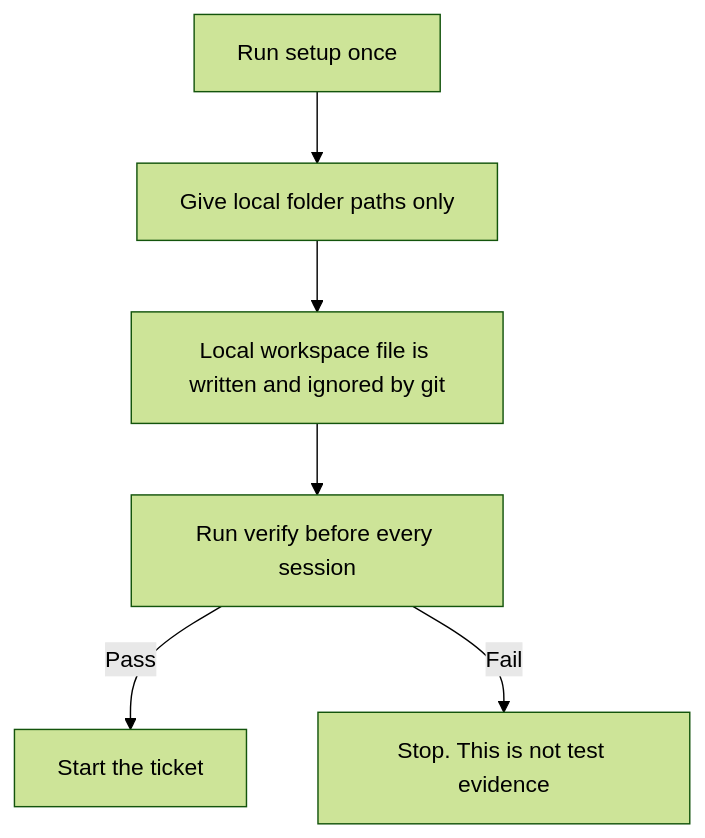
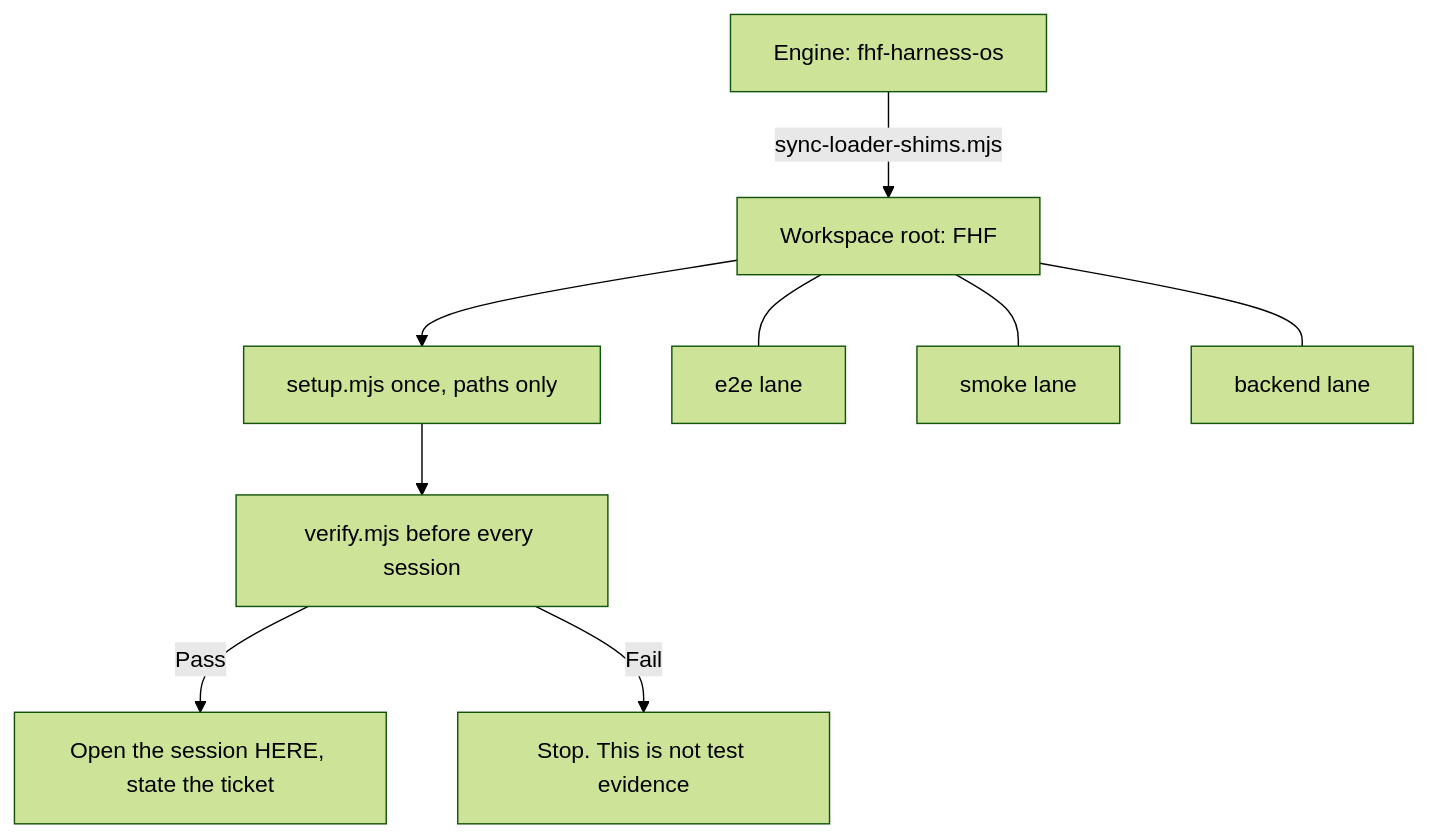
One commit to lfyagya/fhf-qa-harness-os changed the second of 12 diagrams in docs/adoption/qa-harness.md. Above: the diagram before and after it, drawn with Mermaid (forest theme). The commit also changed other lines of this file and 1 other file, not shown here.

First line of the commit message:
docs(onboarding): name the engine, the workspace root, and the lanes

````diff
--- a/docs/adoption/qa-harness.md
+++ b/docs/adoption/qa-harness.md
@@ -70,8 +140,11 @@
 ```mermaid
 flowchart TD
-  S[Run setup once] --> P[Give local folder paths only]
-  P --> L[Local workspace file is written and ignored by git]
-  L --> V[Run verify before every session]
-  V -->|Pass| W[Start the ticket]
+  E[Engine: fhf-harness-os] -->|sync-loader-shims.mjs| W[Workspace root: FHF]
+  W --> S[setup.mjs once, paths only]
+  S --> V[verify.mjs before every session]
+  V -->|Pass| K[Open the session HERE, state the ticket]
   V -->|Fail| F[Stop. This is not test evidence]
+  W --- L1[e2e lane]
+  W --- L2[smoke lane]
+  W --- L3[backend lane]
 ```
````
